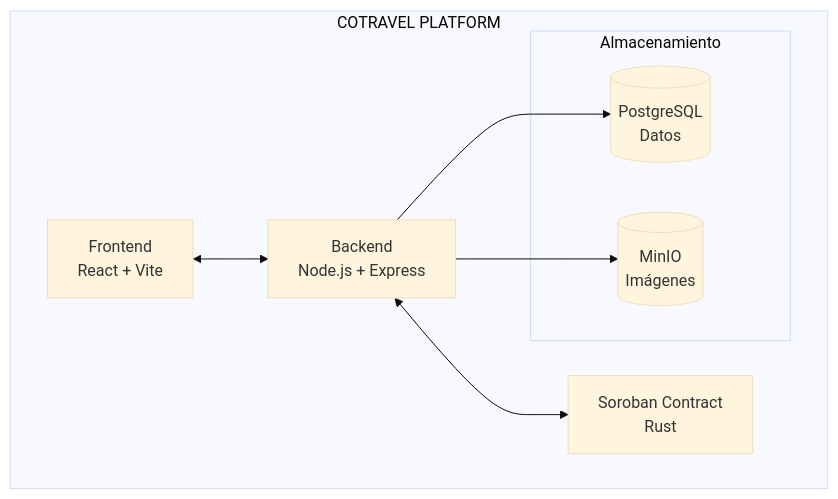
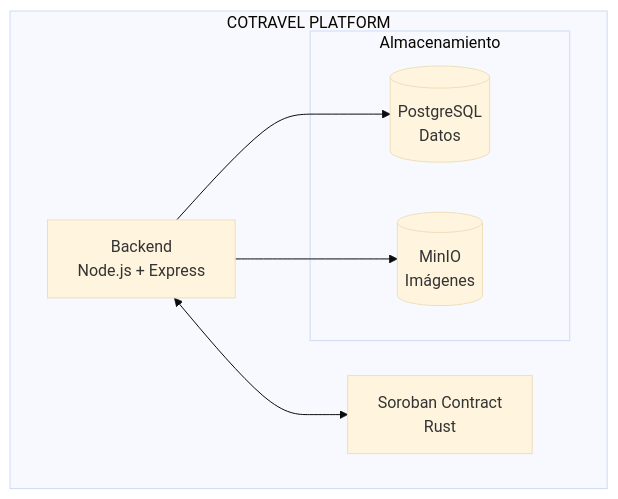
The first of 15 diagrams in ARCHITECTURE.md (CoKeFish/Impacta-Bootcamp), drawn with Mermaid (base theme) before and after one commit. The commit also changed other lines of this file and 9 other files, not shown here.

````diff
--- a/ARCHITECTURE.md
+++ b/ARCHITECTURE.md
@@ -12,18 +12,16 @@
 ```mermaid
 flowchart TB
     subgraph Platform["COTRAVEL PLATFORM"]
-        FE[Frontend<br/>React + Vite]
         BE[Backend<br/>Node.js + Express]
         SC[Soroban Contract<br/>Rust]
-        FE <--> BE
         BE <--> SC
 
         subgraph Storage["Almacenamiento"]
             DB[(PostgreSQL<br/>Datos)]
             S3[(MinIO<br/>Imágenes)]
         end
 
         BE --> DB
         BE --> S3
     end
 ```
````
